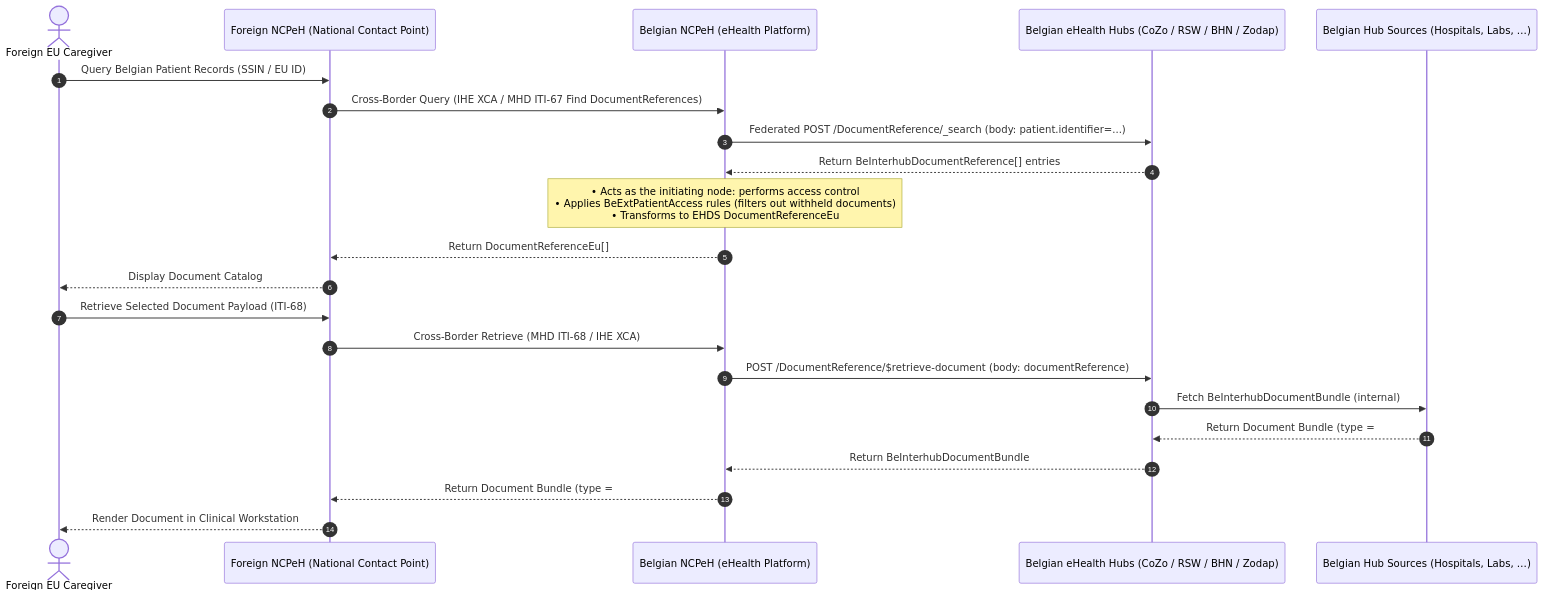
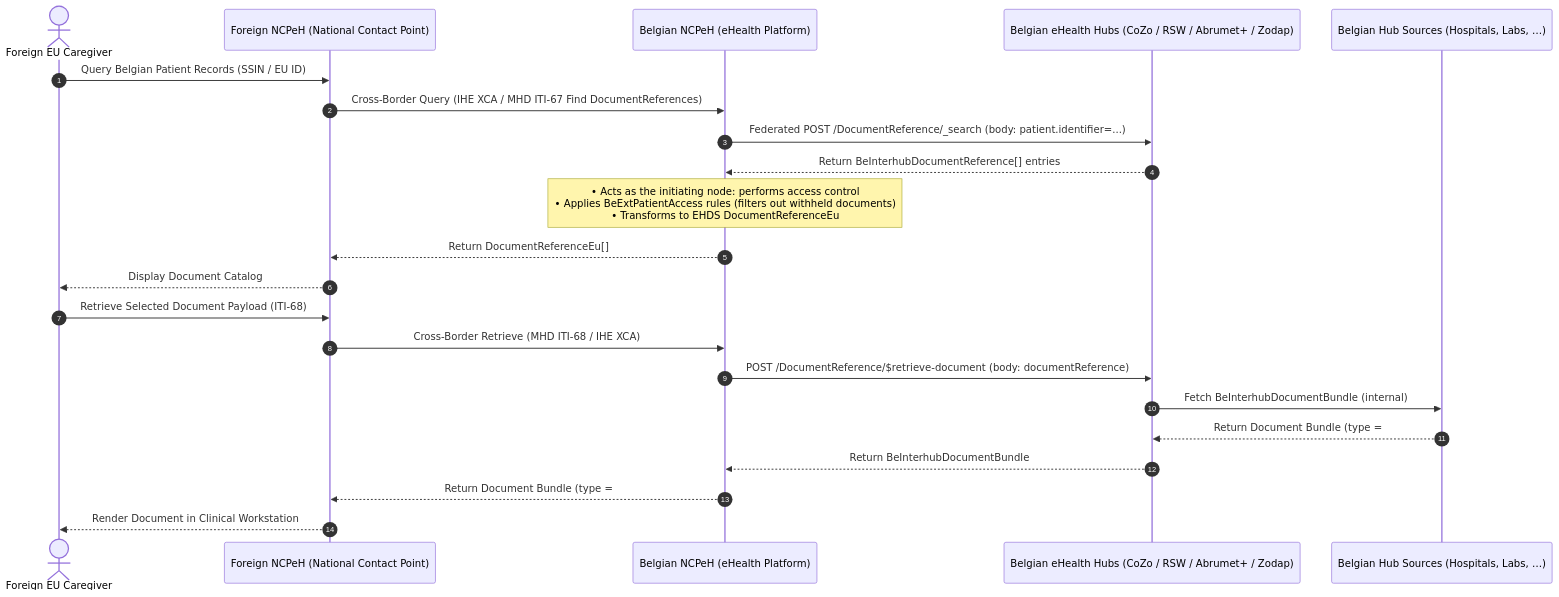
Before and after one commit to nhermab/fhir-ehealthhub-simulator-viewer: the second of 2 diagrams in public/ig/ehds-alignment.md, drawn with Mermaid. The commit also changed other lines of this file and 35 other files, not shown here.

````diff
--- a/public/ig/ehds-alignment.md
+++ b/public/ig/ehds-alignment.md
@@ -86,26 +86,26 @@
 ```mermaid
 sequenceDiagram
     autonumber
     actor Caregiver as Foreign EU Caregiver
     participant FNCP as Foreign NCPeH (National Contact Point)
     participant BENCP as Belgian NCPeH (eHealth Platform)
-    participant Hubs as Belgian eHealth Hubs (CoZo / RSW / BHN / Zodap)
+    participant Hubs as Belgian eHealth Hubs (CoZo / RSW / Abrumet+ / Zodap)
     participant Sources as Belgian Hub Sources (Hospitals, Labs, …)
 
     Caregiver->>FNCP: Query Belgian Patient Records (SSIN / EU ID)
     FNCP->>BENCP: Cross-Border Query (IHE XCA / MHD ITI-67 Find DocumentReferences)
     BENCP->>Hubs: Federated POST /DocumentReference/_search (body: patient.identifier=...)
     Hubs-->>BENCP: Return BeInterhubDocumentReference[] entries
     Note over BENCP: • Acts as the initiating node: performs access control<br/>• Applies BeExtPatientAccess rules (filters out withheld documents)<br/>• Transforms to EHDS DocumentReferenceEu
     BENCP-->>FNCP: Return DocumentReferenceEu[]
     FNCP-->>Caregiver: Display Document Catalog
     
     Caregiver->>FNCP: Retrieve Selected Document Payload (ITI-68)
     FNCP->>BENCP: Cross-Border Retrieve (MHD ITI-68 / IHE XCA)
     BENCP->>Hubs: POST /DocumentReference/$retrieve-document (body: documentReference)
     Hubs->>Sources: Fetch BeInterhubDocumentBundle (internal)
     Sources-->>Hubs: Return Document Bundle (type = #document)
     Hubs-->>BENCP: Return BeInterhubDocumentBundle
     BENCP-->>FNCP: Return Document Bundle (type = #document)
     FNCP-->>Caregiver: Render Document in Clinical Workstation
 ```
````
